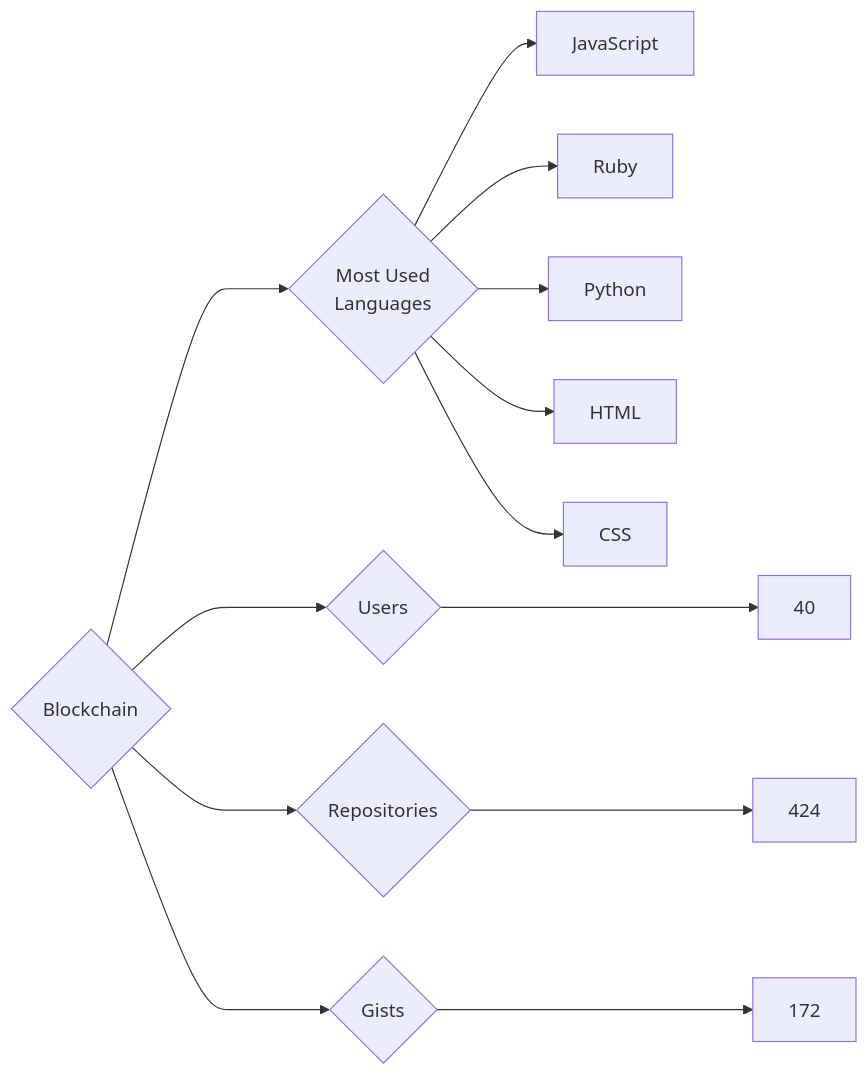
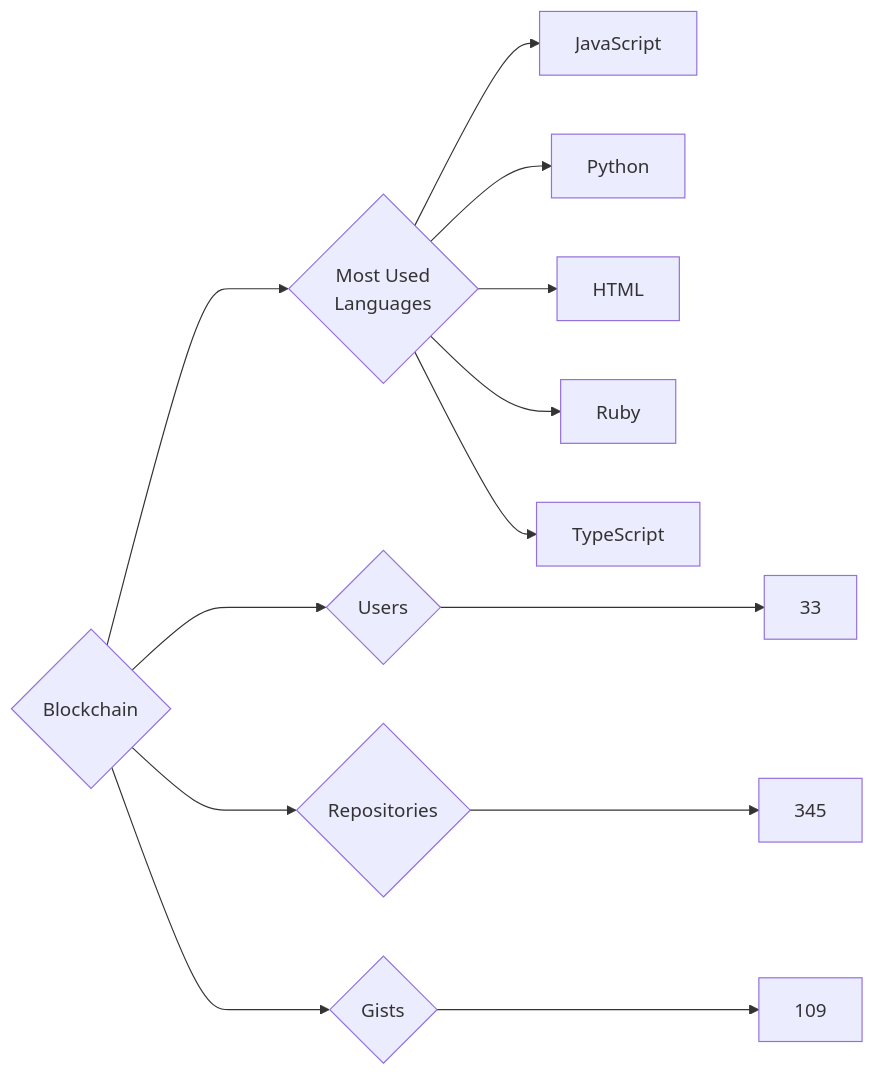
Before and after one commit to trickest/insiders: the diagram in targets/Blockchain/README.md, drawn with Mermaid. The commit also changed 894 other files, not shown here.

````diff
--- a/targets/Blockchain/README.md
+++ b/targets/Blockchain/README.md
@@ -3,13 +3,13 @@
 ```mermaid
 graph LR
 COMPANY_NAME{Blockchain}
-COMPANY_NAME ---> U{Users} ---> UN[40]
-COMPANY_NAME ---> R{Repositories} ---> RN[424]
-COMPANY_NAME ---> G{Gists} ---> GN[172]
+COMPANY_NAME ---> U{Users} ---> UN[33]
+COMPANY_NAME ---> R{Repositories} ---> RN[345]
+COMPANY_NAME ---> G{Gists} ---> GN[109]
 COMPANY_NAME ---> ML{Most Used<br>Languages}
 ML --> JavaScript[JavaScript]
-ML --> Ruby[Ruby]
 ML --> Python[Python]
 ML --> HTML[HTML]
-ML --> CSS[CSS]
+ML --> Ruby[Ruby]
+ML --> TypeScript[TypeScript]
 ```
````
